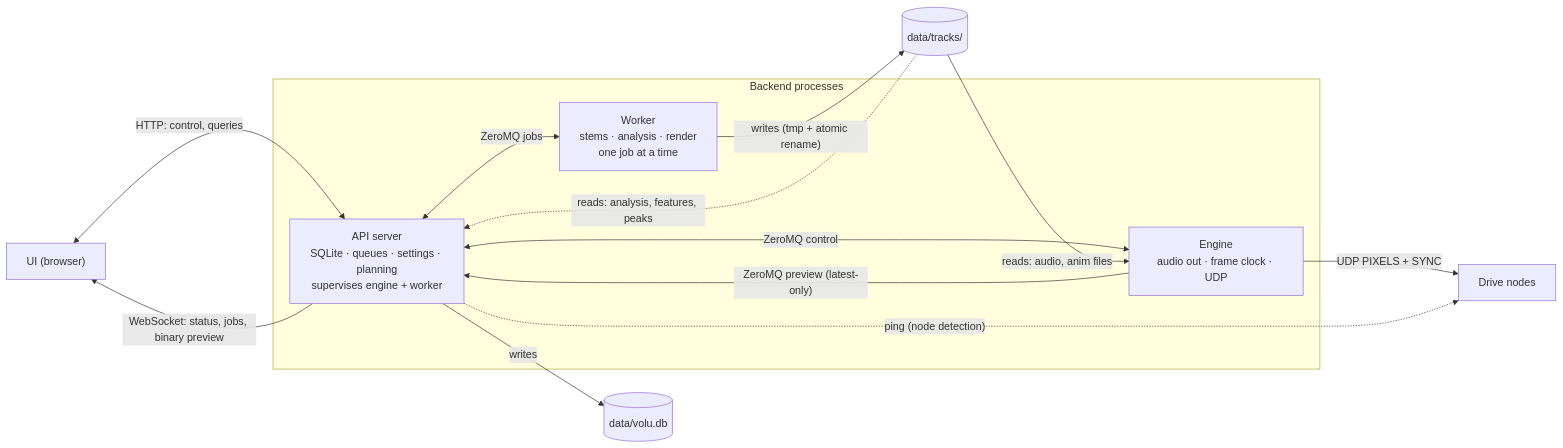
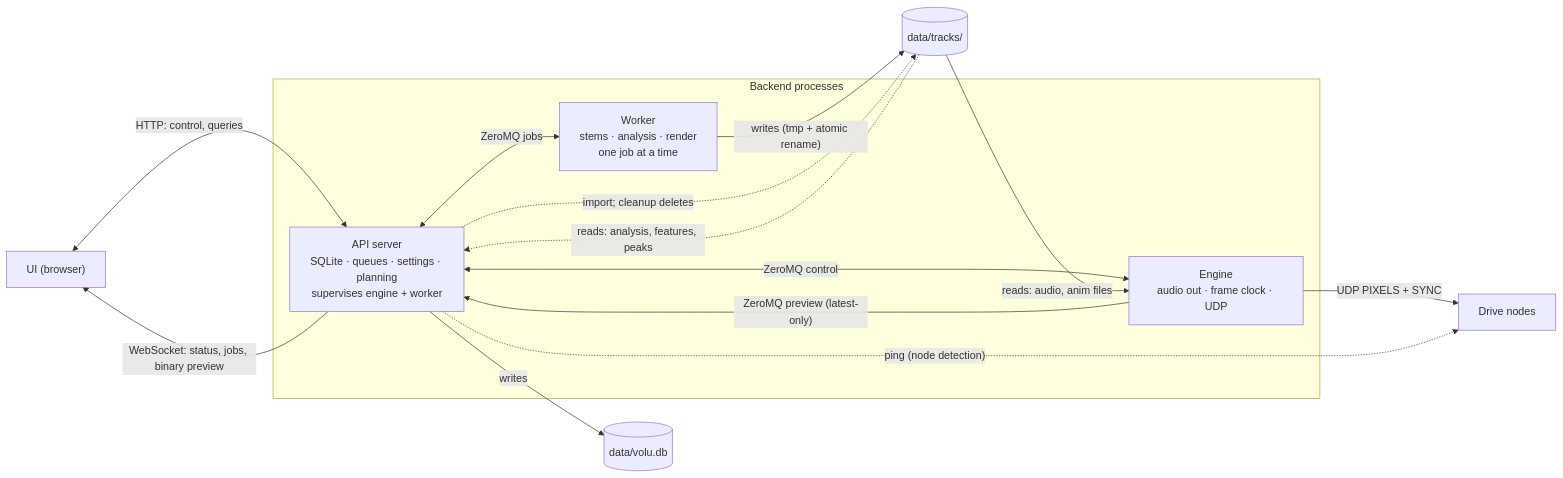
Before and after one commit to tylerclindsay/volu_disp: the first of 2 diagrams in docs/architecture.md, drawn with Mermaid. The commit also changed other lines of this file and 15 other files, not shown here.

First line of the commit message:
Display FPS 30-480, stem features (0012), architecture consistency pass

````diff
--- a/docs/architecture.md
+++ b/docs/architecture.md
@@ -35,24 +37,25 @@
 ```mermaid
 flowchart LR
     UI["UI (browser)"]
     subgraph backend ["Backend processes"]
         SRV["API server<br/>SQLite · queues · settings · planning<br/>supervises engine + worker"]
         ENG["Engine<br/>audio out · frame clock · UDP"]
         WRK["Worker<br/>stems · analysis · render<br/>one job at a time"]
     end
     DB[("data/volu.db")]
     DATA[("data/tracks/")]
     NODES["Drive nodes"]
 
     UI <-->|"HTTP: control, queries"| SRV
     SRV -->|"WebSocket: status, jobs, binary preview"| UI
     SRV <-->|"ZeroMQ control"| ENG
     ENG -->|"ZeroMQ preview (latest-only)"| SRV
     SRV <-->|"ZeroMQ jobs"| WRK
     SRV -->|"writes"| DB
     WRK -->|"writes (tmp + atomic rename)"| DATA
     DATA -->|"reads: audio, anim files"| ENG
     DATA -.->|"reads: analysis, features, peaks"| SRV
+    SRV -.->|"import; cleanup deletes"| DATA
     ENG -->|"UDP PIXELS + SYNC"| NODES
     SRV -.->|"ping (node detection)"| NODES
 ```
````
